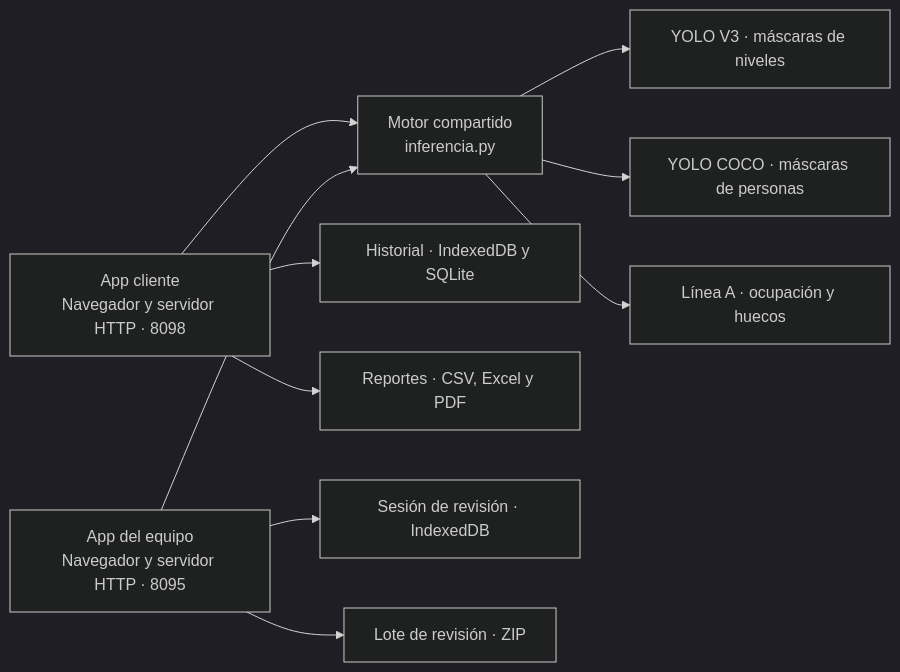
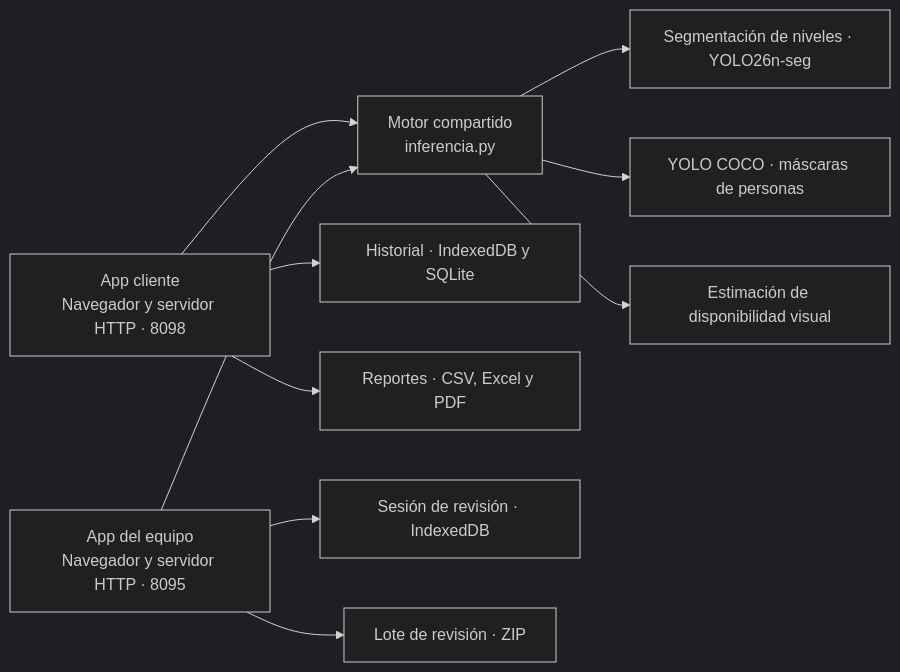
The first of 2 diagrams in README.md (vcanio/Capstone2026), drawn with Mermaid (dark theme) before and after one commit. The commit also changed other lines of this file and 32 other files, not shown here.

Commit message:
Usa nombres funcionales para segmentación y disponibilidad visual

````diff
--- a/README.md
+++ b/README.md
@@ -180,15 +180,15 @@
 ```mermaid
 flowchart LR
     C["App cliente<br/>Navegador y servidor HTTP · 8098"]
     E["App del equipo<br/>Navegador y servidor HTTP · 8095"]
     M["Motor compartido<br/>inferencia.py"]
     C --> M
     E --> M
-    M --> Y["YOLO V3 · máscaras de niveles"]
+    M --> Y["Segmentación de niveles · YOLO26n-seg"]
     M --> P["YOLO COCO · máscaras de personas"]
-    M --> L["Línea A · ocupación y huecos"]
+    M --> L["Estimación de disponibilidad visual"]
     C --> H["Historial · IndexedDB y SQLite"]
     C --> R["Reportes · CSV, Excel y PDF"]
     E --> S["Sesión de revisión · IndexedDB"]
     E --> Z["Lote de revisión · ZIP"]
 ```
````
